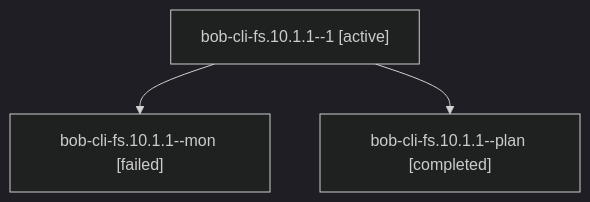
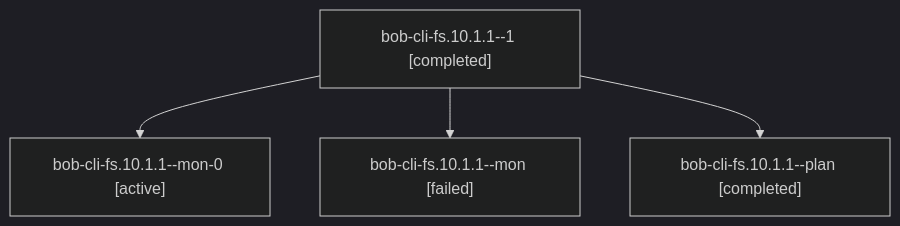
Before and after one commit to bobs-org/bob-cli--agents: the diagram in sessions/bbugyi200.athena.bob-cli-fs.10.1.1.md, drawn with Mermaid (dark theme). The commit also changed other lines of this file and 105 other files, not shown here.

````diff
--- a/sessions/bbugyi200.athena.bob-cli-fs.10.1.1.md
+++ b/sessions/bbugyi200.athena.bob-cli-fs.10.1.1.md
@@ -9,8 +9,10 @@
 ```mermaid
 flowchart TD
-  n0["bob-cli-fs.10.1.1--1 [active]"]
-  n1["bob-cli-fs.10.1.1--mon [failed]"]
+  n0["bob-cli-fs.10.1.1--1 [completed]"]
+  n1["bob-cli-fs.10.1.1--mon-0 [active]"]
   n0 --> n1
-  n2["bob-cli-fs.10.1.1--plan [completed]"]
+  n2["bob-cli-fs.10.1.1--mon [failed]"]
   n0 --> n2
+  n3["bob-cli-fs.10.1.1--plan [completed]"]
+  n0 --> n3
 ```
````
